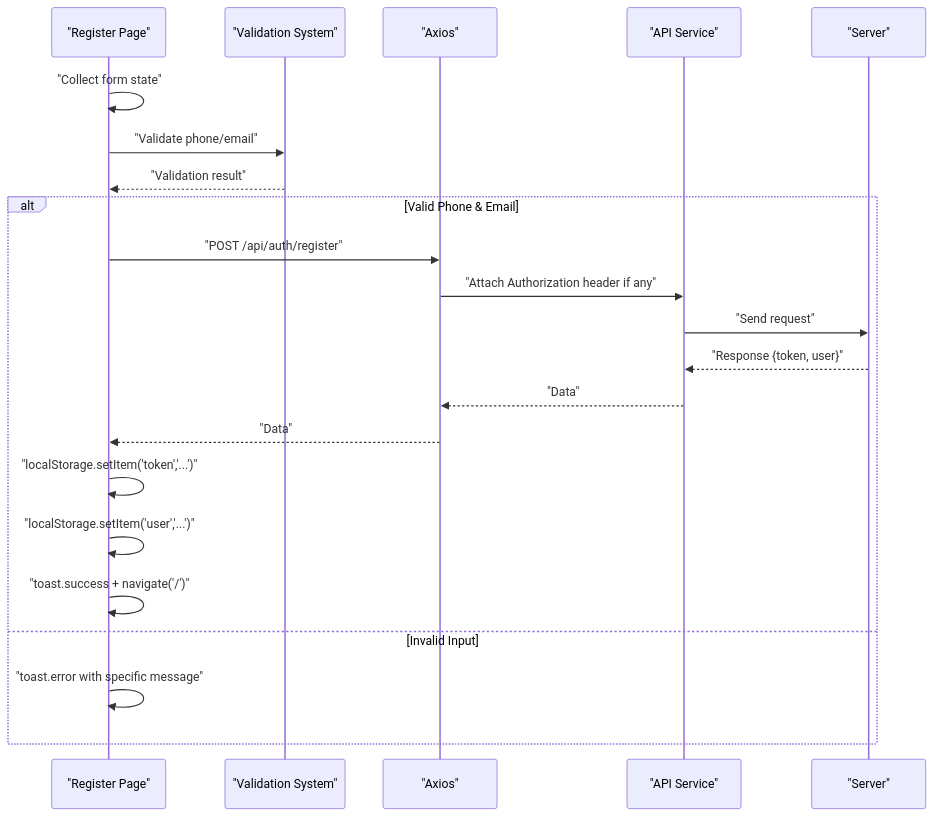
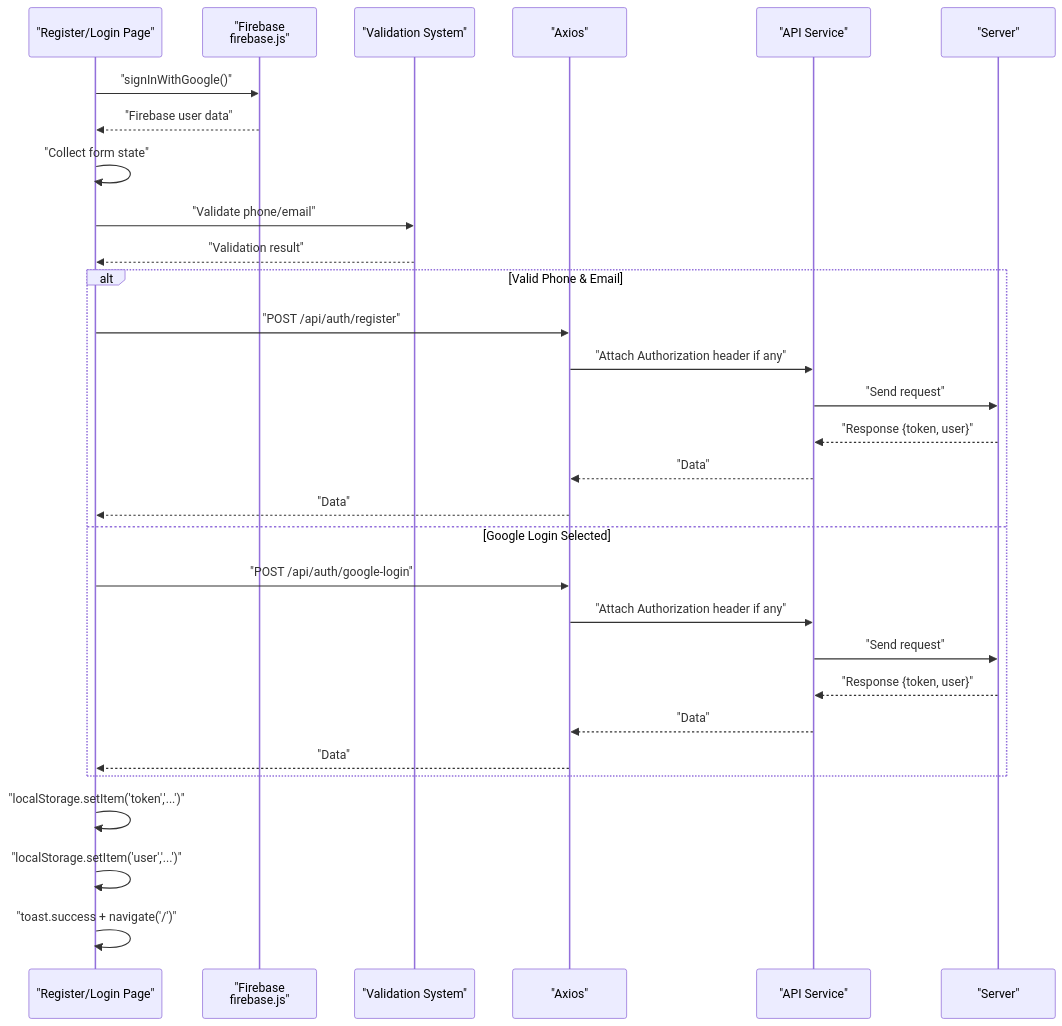
The sixth of 11 diagrams in .qoder/repowiki/en/content/Authentication & Authorization/Login & Registration Process.md (Pavan-PSPK9032/TrendsandToss), drawn with Mermaid before and after one commit. The commit also changed other lines of this file and 5 other files, not shown here.

````diff
--- a/.qoder/repowiki/en/content/Authentication & Authorization/Login & Registration Process.md
+++ b/.qoder/repowiki/en/content/Authentication & Authorization/Login & Registration Process.md
@@ -242,24 +292,32 @@
 ```mermaid
 sequenceDiagram
-participant P as "Register Page"
+participant P as "Register/Login Page"
+participant F as "Firebase<br/>firebase.js"
 participant V as "Validation System"
 participant AX as "Axios"
 participant API as "API Service"
 participant SRV as "Server"
+P->>F : "signInWithGoogle()"
+F-->>P : "Firebase user data"
 P->>P : "Collect form state"
 P->>V : "Validate phone/email"
 V-->>P : "Validation result"
 alt Valid Phone & Email
 P->>AX : "POST /api/auth/register"
 AX->>API : "Attach Authorization header if any"
 API->>SRV : "Send request"
 SRV-->>API : "Response {token, user}"
 API-->>AX : "Data"
 AX-->>P : "Data"
+else Google Login Selected
+P->>AX : "POST /api/auth/google-login"
+AX->>API : "Attach Authorization header if any"
+API->>SRV : "Send request"
+SRV-->>API : "Response {token, user}"
+API-->>AX : "Data"
+AX-->>P : "Data"
+end
 P->>P : "localStorage.setItem('token','...')"
 P->>P : "localStorage.setItem('user','...')"
 P->>P : "toast.success + navigate('/')"
-else Invalid Input
-P->>P : "toast.error with specific message"
-end
 ```
````
